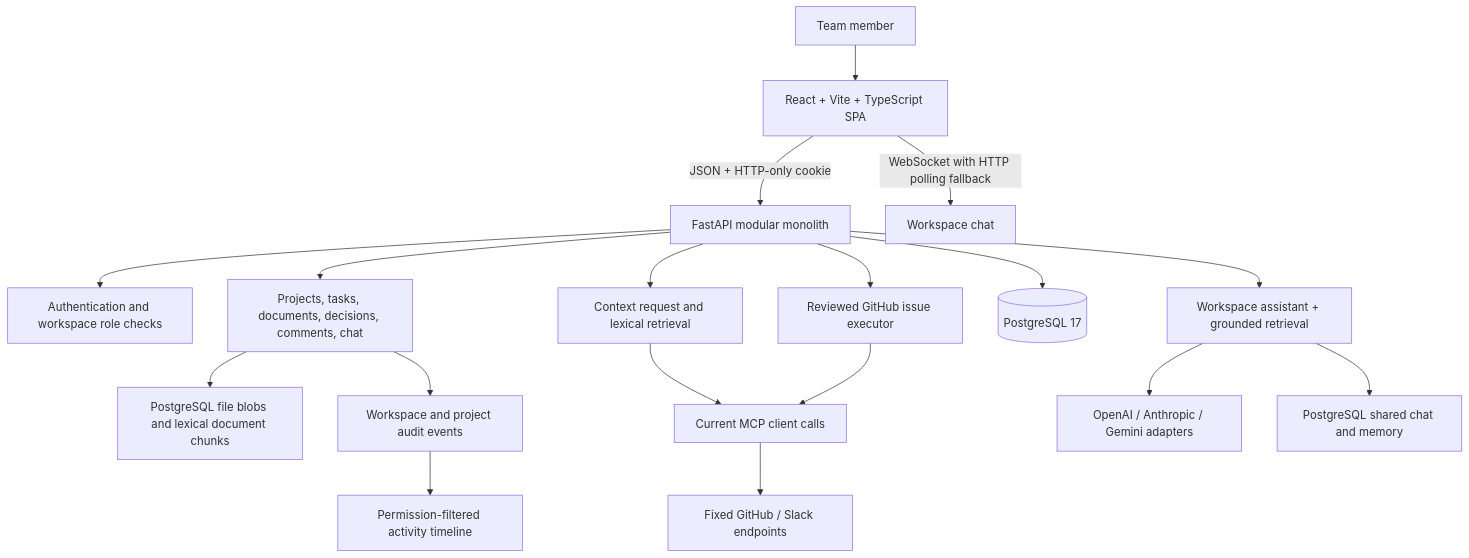
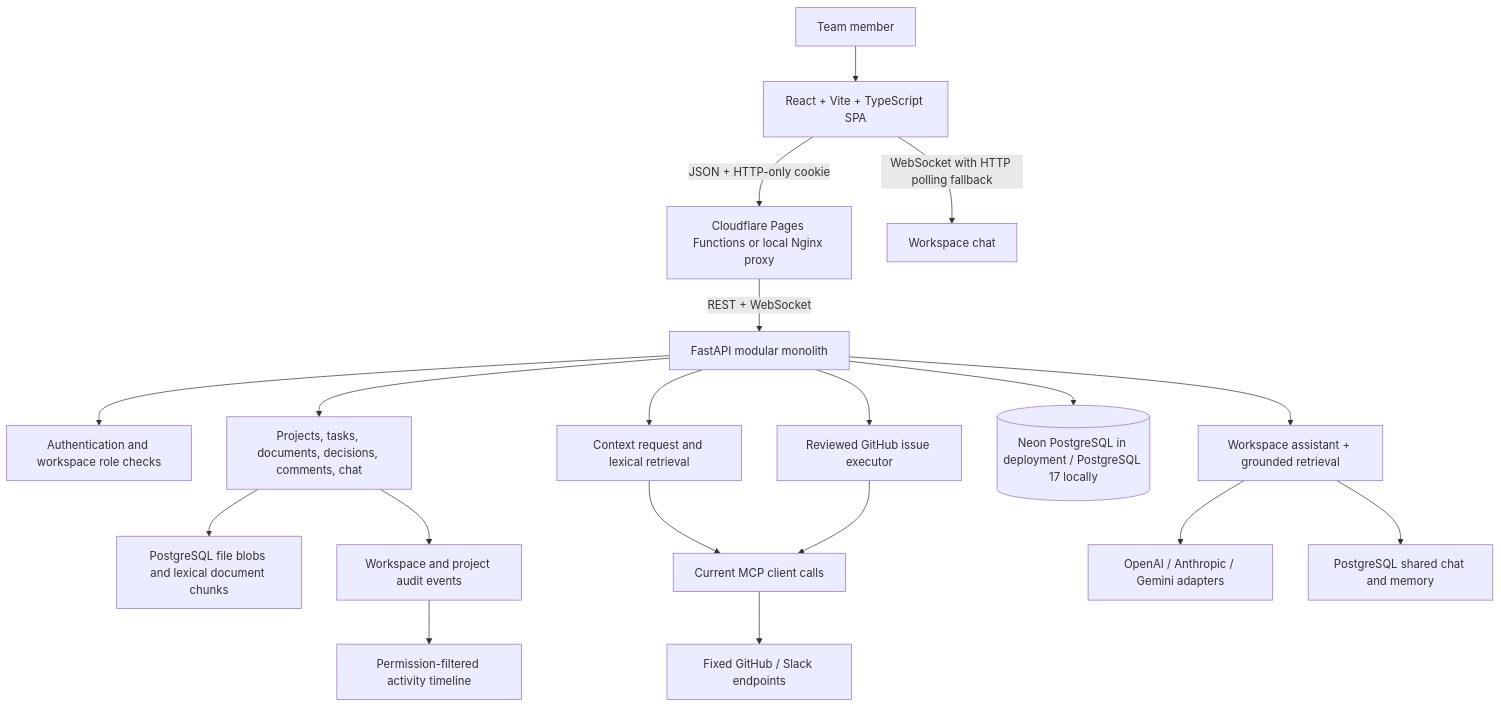
The diagram in ARCHITECTURE.md (vinay-hosur/Sahakarya), drawn with Mermaid before and after one commit. The commit also changed other lines of this file and 16 other files, not shown here.

````diff
--- a/ARCHITECTURE.md
+++ b/ARCHITECTURE.md
@@ -9,20 +9,21 @@
 ```mermaid
 flowchart TB
   U[Team member] --> UI[React + Vite + TypeScript SPA]
-  UI -->|JSON + HTTP-only cookie| API[FastAPI modular monolith]
+  UI -->|JSON + HTTP-only cookie| EDGE[Cloudflare Pages Functions or local Nginx proxy]
+  EDGE -->|REST + WebSocket| API[FastAPI modular monolith]
   API --> AUTH[Authentication and workspace role checks]
   API --> NATIVE[Projects, tasks, documents, decisions, comments, chat]
   NATIVE --> FILES[PostgreSQL file blobs and lexical document chunks]
   NATIVE --> AUDIT[Workspace and project audit events]
   AUDIT --> FEED[Permission-filtered activity timeline]
   UI -->|WebSocket with HTTP polling fallback| CHAT[Workspace chat]
   API --> CTX[Context request and lexical retrieval]
   CTX --> MCP[Current MCP client calls]
   MCP --> EXT[Fixed GitHub / Slack endpoints]
   API --> ASSIST[Workspace assistant + grounded retrieval]
   ASSIST --> LLM[OpenAI / Anthropic / Gemini adapters]
   ASSIST --> MEM[PostgreSQL shared chat and memory]
-  API --> PG[(PostgreSQL 17)]
+  API --> PG[(Neon PostgreSQL in deployment / PostgreSQL 17 locally)]
   API --> ACT[Reviewed GitHub issue executor]
   ACT --> MCP
 ```
````
